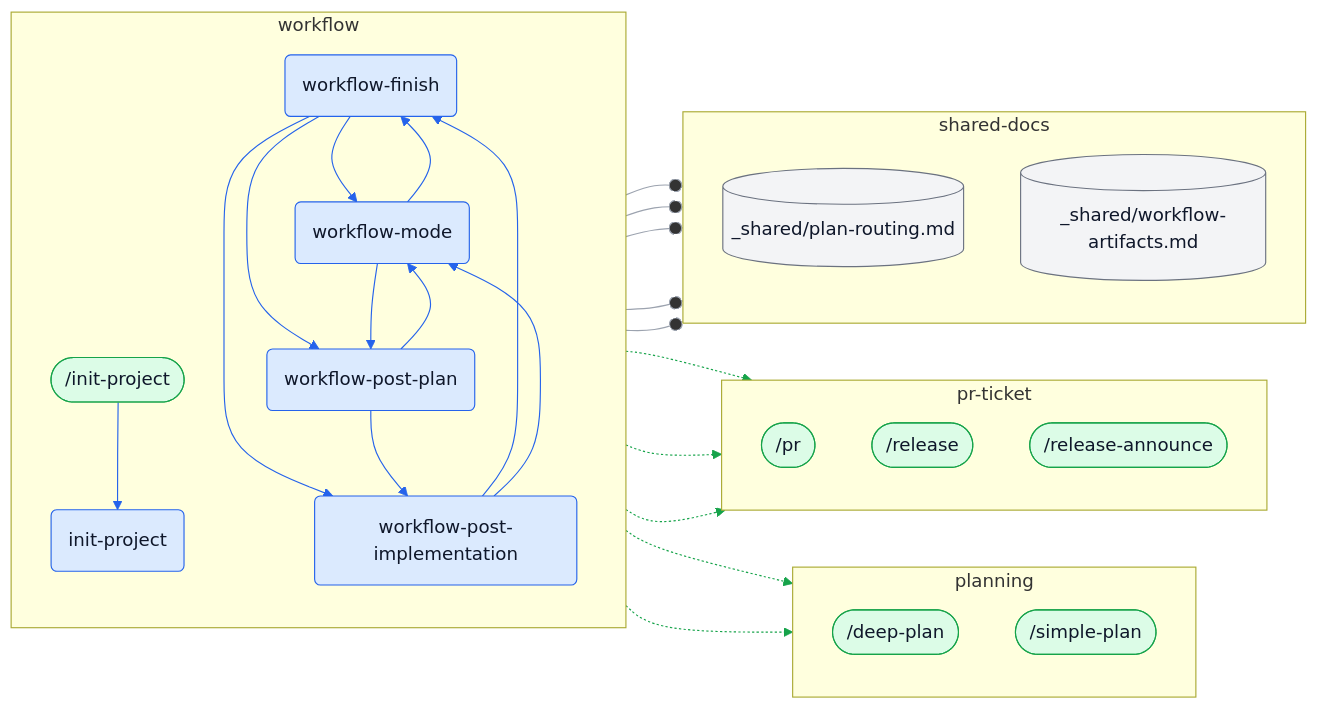
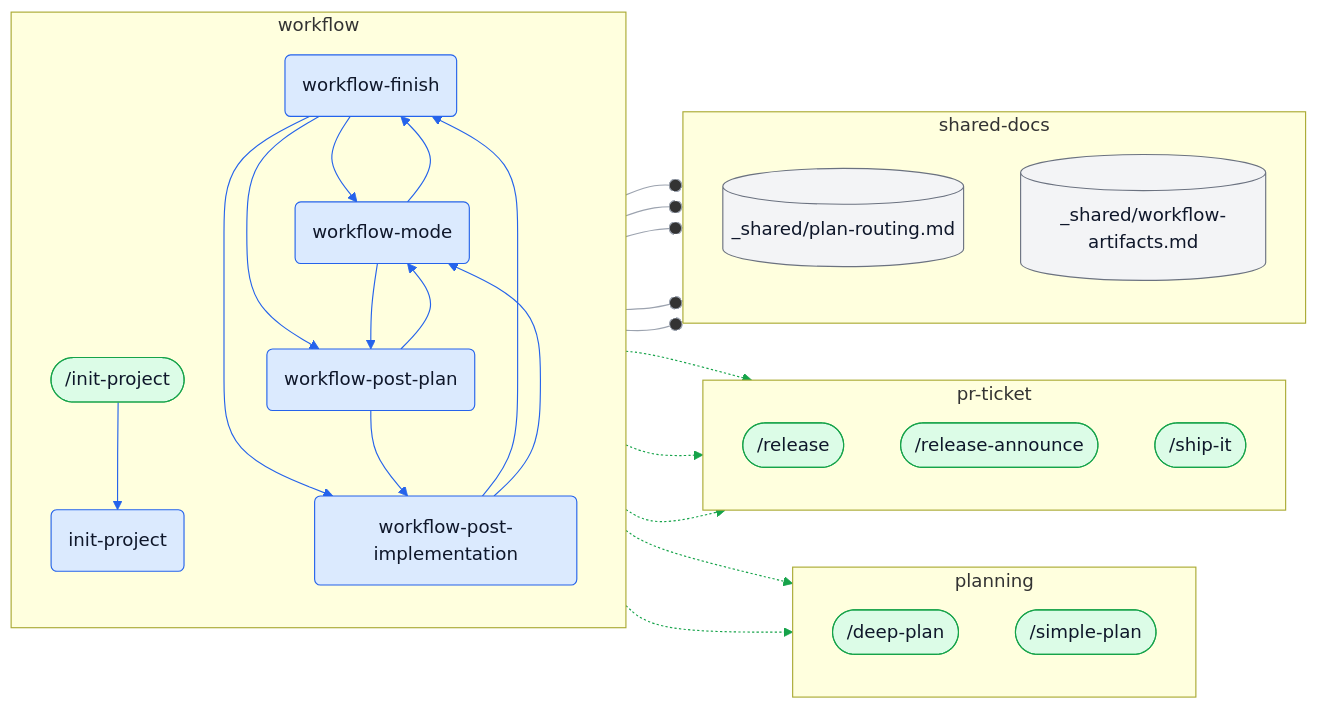
One commit to ybarsotti/dotfiles changed the tenth of 10 diagrams in docs/skills-map.md. Above: the diagram before and after it, drawn with Mermaid. The commit also changed other lines of this file and 32 other files, not shown here.

````diff
--- a/docs/skills-map.md
+++ b/docs/skills-map.md
@@ -757,74 +967,74 @@
 ```mermaid
 flowchart LR
   subgraph cl_planning["planning"]
     direction TB
     c_deep_plan(["/deep-plan"]):::command
     c_simple_plan(["/simple-plan"]):::command
   end
   subgraph cl_pr_ticket["pr-ticket"]
     direction TB
-    c_pr(["/pr"]):::command
     c_release(["/release"]):::command
     c_release_announce(["/release-announce"]):::command
+    c_ship_it(["/ship-it"]):::command
   end
   subgraph cl_shared_docs["shared-docs"]
     direction TB
     d_plan_routing[("_shared/plan-routing.md")]:::shared
     d_workflow_artifacts[("_shared/workflow-artifacts.md")]:::shared
   end
   subgraph cl_workflow["workflow"]
     direction TB
     c_init_project(["/init-project"]):::command
     s_init_project("init-project"):::skill
     s_workflow_finish("workflow-finish"):::skill
     s_workflow_mode("workflow-mode"):::skill
     s_workflow_post_implementation("workflow-post-implementation"):::skill
     s_workflow_post_plan("workflow-post-plan"):::skill
   end
   c_init_project --> s_init_project
   s_init_project -.-> c_release
   s_init_project -.-> c_release_announce
-  s_workflow_finish -.-> c_pr
+  s_workflow_finish -.-> c_ship_it
   s_workflow_finish --o d_workflow_artifacts
   s_workflow_finish --> s_workflow_mode
   s_workflow_finish --> s_workflow_post_implementation
   s_workflow_finish --> s_workflow_post_plan
   s_workflow_mode -.-> c_deep_plan
   s_workflow_mode -.-> c_simple_plan
   s_workflow_mode --o d_plan_routing
   s_workflow_mode --o d_workflow_artifacts
   s_workflow_mode --> s_workflow_finish
   s_workflow_mode --> s_workflow_post_plan
   s_workflow_post_implementation --o d_workflow_artifacts
   s_workflow_post_implementation --> s_workflow_finish
   s_workflow_post_implementation --> s_workflow_mode
   s_workflow_post_plan --o d_workflow_artifacts
   s_workflow_post_plan --> s_workflow_mode
   s_workflow_post_plan --> s_workflow_post_implementation
   linkStyle 0 stroke:#2563eb
   linkStyle 1 stroke:#16a34a
   linkStyle 2 stroke:#16a34a
   linkStyle 3 stroke:#16a34a
   linkStyle 4 stroke:#9ca3af
   linkStyle 5 stroke:#2563eb
   linkStyle 6 stroke:#2563eb
   linkStyle 7 stroke:#2563eb
   linkStyle 8 stroke:#16a34a
   linkStyle 9 stroke:#16a34a
   linkStyle 10 stroke:#9ca3af
   linkStyle 11 stroke:#9ca3af
   linkStyle 12 stroke:#2563eb
   linkStyle 13 stroke:#2563eb
   linkStyle 14 stroke:#9ca3af
   linkStyle 15 stroke:#2563eb
   linkStyle 16 stroke:#2563eb
   linkStyle 17 stroke:#9ca3af
   linkStyle 18 stroke:#2563eb
   linkStyle 19 stroke:#2563eb
   classDef skill fill:#dbeafe,stroke:#2563eb,color:#0f172a
   classDef command fill:#dcfce7,stroke:#16a34a,color:#0f172a
   classDef agent fill:#fce7f3,stroke:#db2777,color:#0f172a
   classDef shared fill:#f3f4f6,stroke:#6b7280,color:#0f172a
   classDef external fill:#fef9c3,stroke:#a16207,color:#0f172a,stroke-dasharray:4 3
   classDef step fill:#ffffff,stroke:#6b7280,color:#0f172a,stroke-dasharray:2 2
 ```
````
